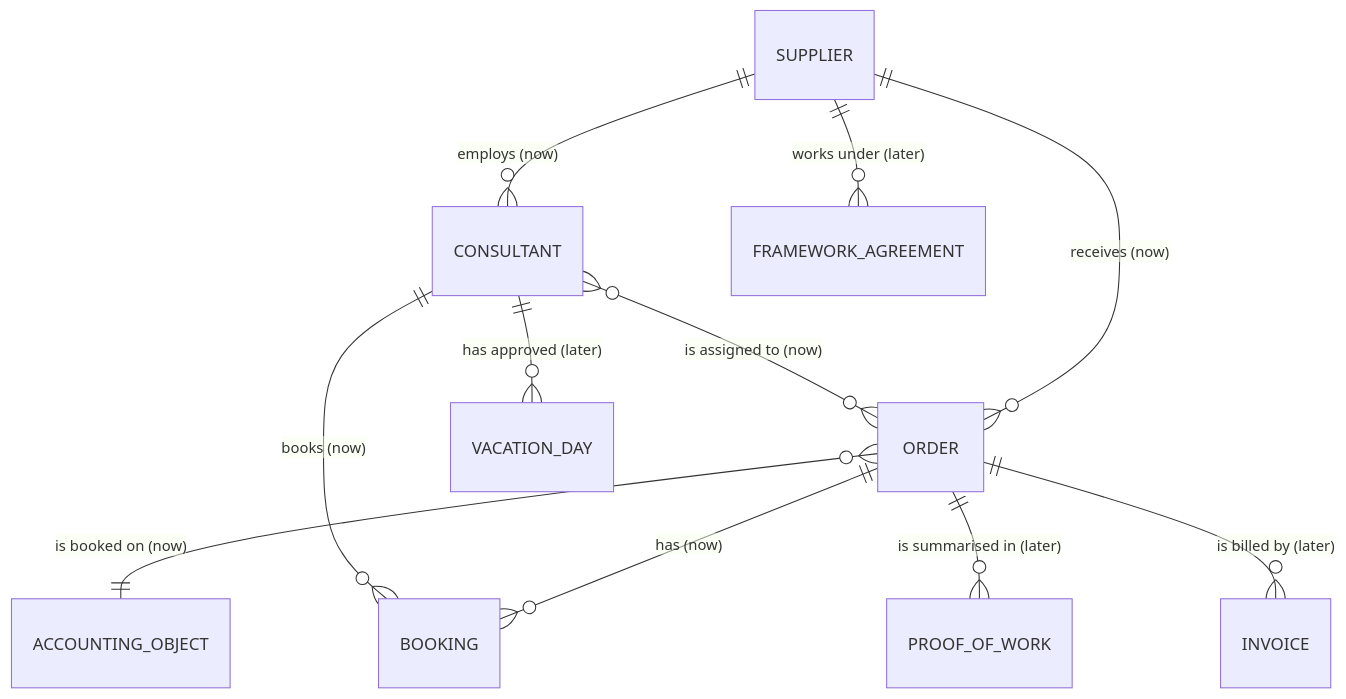
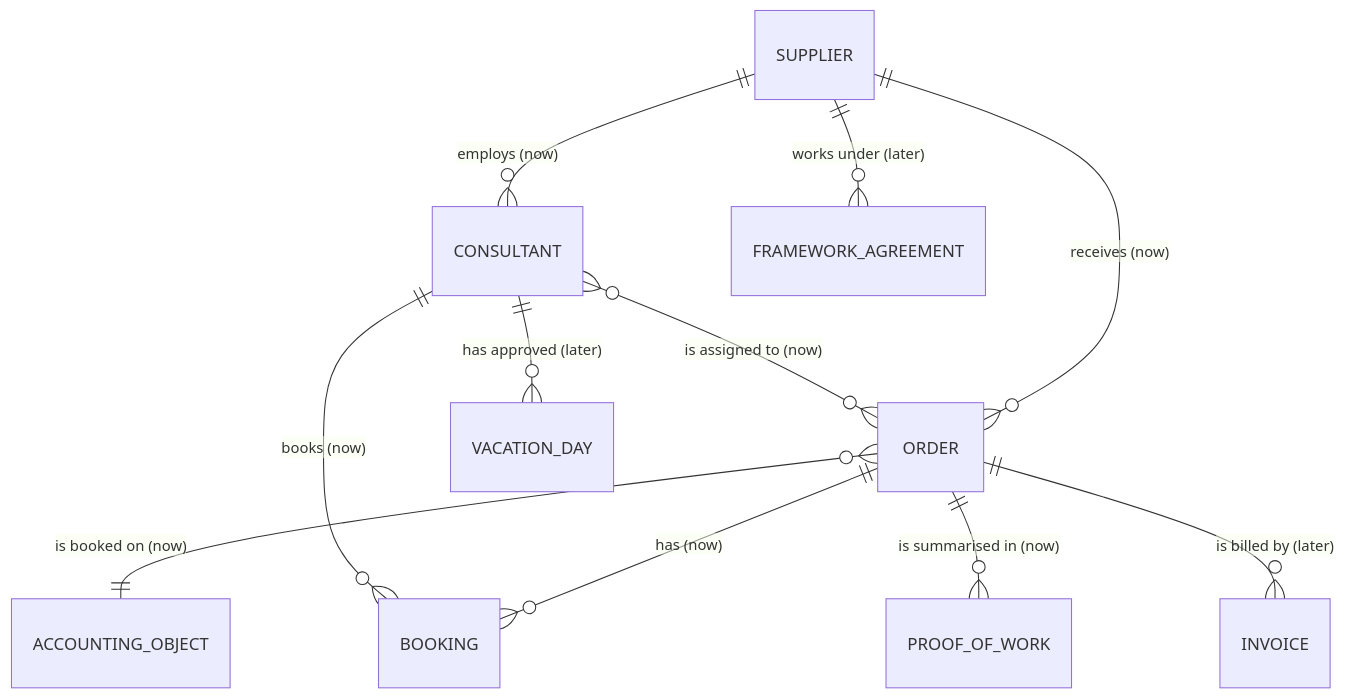
The diagram in docs/domain.md (bayorwor/last-worche), drawn with Mermaid before and after one commit. The commit also changed other lines of this file and 23 other files, not shown here.

Commit message:
feat: let project leads approve a month's proof of work

````diff
--- a/docs/domain.md
+++ b/docs/domain.md
@@ -24,13 +24,13 @@
 ```mermaid
 erDiagram
     SUPPLIER ||--o{ CONSULTANT : "employs (now)"
     SUPPLIER ||--o{ ORDER : "receives (now)"
     ORDER }o--|| ACCOUNTING_OBJECT : "is booked on (now)"
     CONSULTANT }o--o{ ORDER : "is assigned to (now)"
     ORDER ||--o{ BOOKING : "has (now)"
     CONSULTANT ||--o{ BOOKING : "books (now)"
-    ORDER ||--o{ PROOF_OF_WORK : "is summarised in (later)"
+    ORDER ||--o{ PROOF_OF_WORK : "is summarised in (now)"
     SUPPLIER ||--o{ FRAMEWORK_AGREEMENT : "works under (later)"
     ORDER ||--o{ INVOICE : "is billed by (later)"
     CONSULTANT ||--o{ VACATION_DAY : "has approved (later)"
 ```
````
